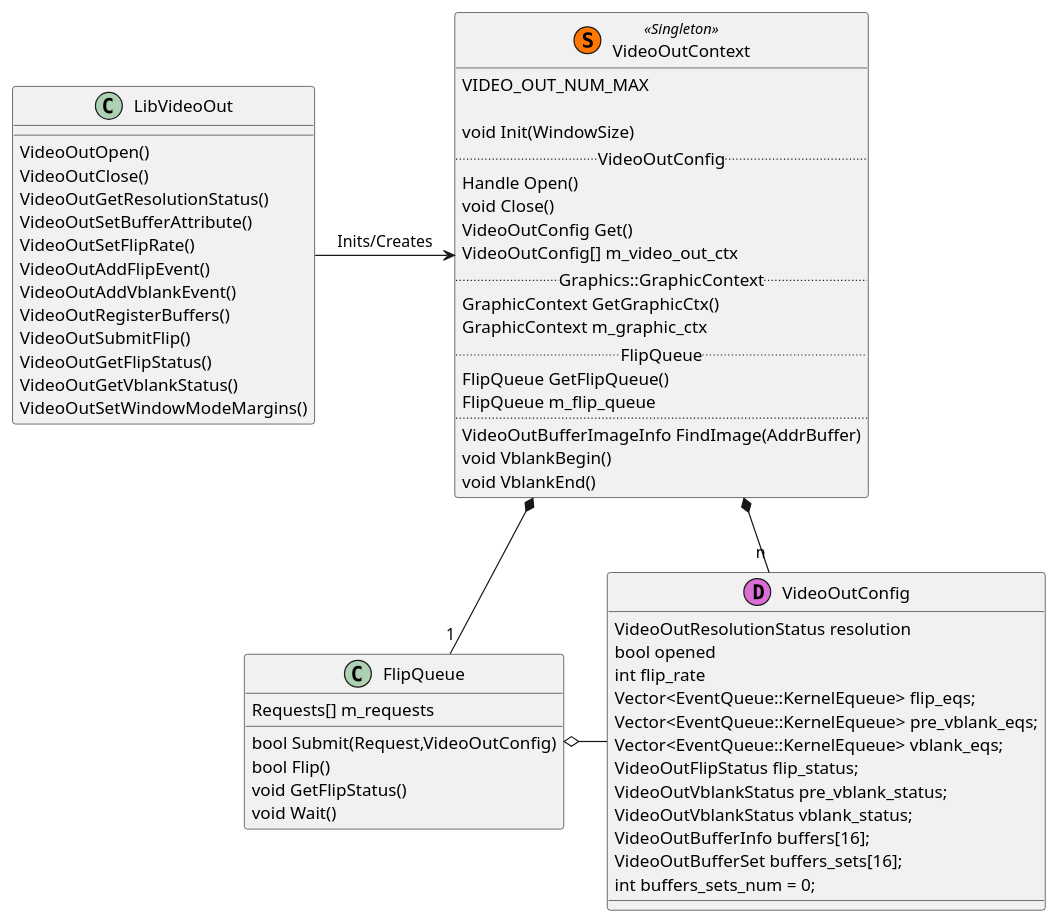
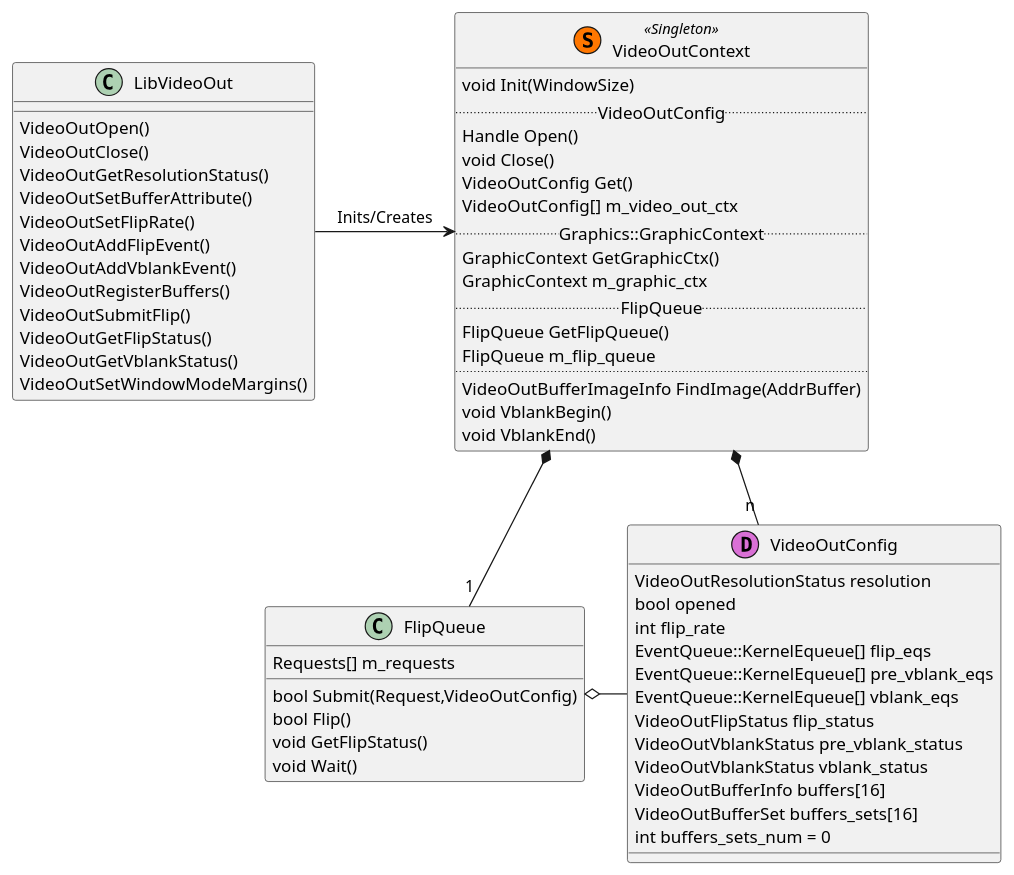
The diagram in source/docs/uml/Class_LibVideoOut_api.puml (garysplay/Kyty), drawn with PlantUML before and after one commit. The commit also changed 3 other files, not shown here.

```diff
--- a/source/docs/uml/Class_LibVideoOut_api.puml
+++ b/source/docs/uml/Class_LibVideoOut_api.puml
@@ -1,67 +1,65 @@
 @startuml
 class LibVideoOut{
     VideoOutOpen()
     VideoOutClose()
     VideoOutGetResolutionStatus()
     VideoOutSetBufferAttribute()
     VideoOutSetFlipRate()
     VideoOutAddFlipEvent()
     VideoOutAddVblankEvent()
     VideoOutRegisterBuffers()
     VideoOutSubmitFlip()
     VideoOutGetFlipStatus()
     VideoOutGetVblankStatus()
     VideoOutSetWindowModeMargins()
 }
 
 class VideoOutConfig << (D,orchid) >>{
 	VideoOutResolutionStatus resolution
 	bool opened
 	int flip_rate
-	Vector<EventQueue::KernelEqueue> flip_eqs;
-	Vector<EventQueue::KernelEqueue> pre_vblank_eqs;
-	Vector<EventQueue::KernelEqueue> vblank_eqs;
-	VideoOutFlipStatus flip_status;
-	VideoOutVblankStatus pre_vblank_status;
-	VideoOutVblankStatus vblank_status;
-	VideoOutBufferInfo buffers[16];
-	VideoOutBufferSet buffers_sets[16];
-	int buffers_sets_num = 0;
+	EventQueue::KernelEqueue[] flip_eqs
+	EventQueue::KernelEqueue[] pre_vblank_eqs
+	EventQueue::KernelEqueue[] vblank_eqs
+	VideoOutFlipStatus flip_status
+	VideoOutVblankStatus pre_vblank_status
+	VideoOutVblankStatus vblank_status
+	VideoOutBufferInfo buffers[16]
+	VideoOutBufferSet buffers_sets[16]
+	int buffers_sets_num = 0
 }
 
 class VideoOutContext << (S,#FF7700) Singleton >>{
-    VIDEO_OUT_NUM_MAX
-
     void Init(WindowSize)
 ..VideoOutConfig..
     Handle Open()
     void Close()
     VideoOutConfig Get()
     VideoOutConfig[] m_video_out_ctx
 ..Graphics::GraphicContext..
     GraphicContext GetGraphicCtx()
     GraphicContext m_graphic_ctx
 ..FlipQueue..
     FlipQueue GetFlipQueue()
     FlipQueue m_flip_queue
 ..
     VideoOutBufferImageInfo FindImage(AddrBuffer)
     void VblankBegin()
     void VblankEnd()
 }
 
 class FlipQueue{
     bool Submit(Request,VideoOutConfig)
     bool Flip()
     void GetFlipStatus()
     void Wait()
     Requests[] m_requests
 }
 VideoOutContext *-- "1" FlipQueue
 VideoOutContext *- "n" VideoOutConfig
 
 FlipQueue o- VideoOutConfig
 
 LibVideoOut -> VideoOutContext: Inits/Creates
 
 @enduml
```
